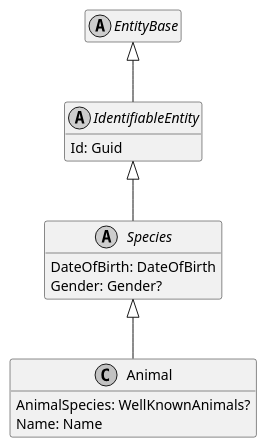
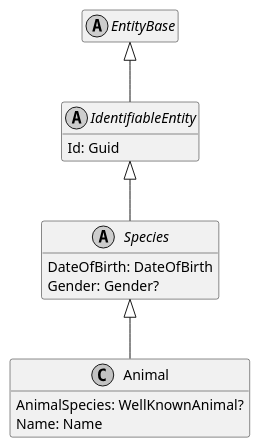
The diagram in Documentation/Generated/Models/DoofesZeug.Models.Specieses.Animals/Animal.puml (ObiWanLansi/DoofesZeug), drawn with PlantUML before and after one commit. The commit also changed 31 other files, not shown here.

Commit message:
Name Adaption For WellKnownAnimal

```diff
--- a/Documentation/Generated/Models/DoofesZeug.Models.Specieses.Animals/Animal.puml
+++ b/Documentation/Generated/Models/DoofesZeug.Models.Specieses.Animals/Animal.puml
@@ -1,28 +1,28 @@
 @startuml
 skinparam monochrome true
 hide empty members
 
 abstract class EntityBase {
 }
 
 EntityBase <|-- IdentifiableEntity
 
 abstract class IdentifiableEntity {
     Id: Guid
 }
 
 IdentifiableEntity <|-- Species
 
 abstract class Species {
     DateOfBirth: DateOfBirth
     Gender: Gender?
 }
 
 Species <|-- Animal
 
 class Animal {
-    AnimalSpecies: WellKnownAnimals?
+    AnimalSpecies: WellKnownAnimal?
     Name: Name
 }
 
 @enduml
```
